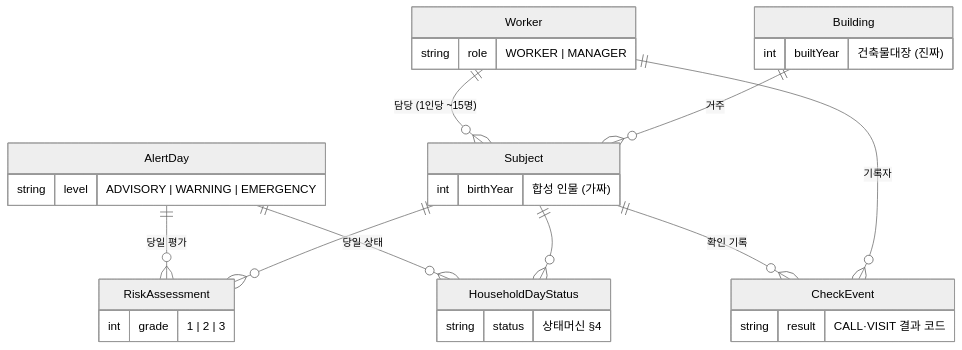
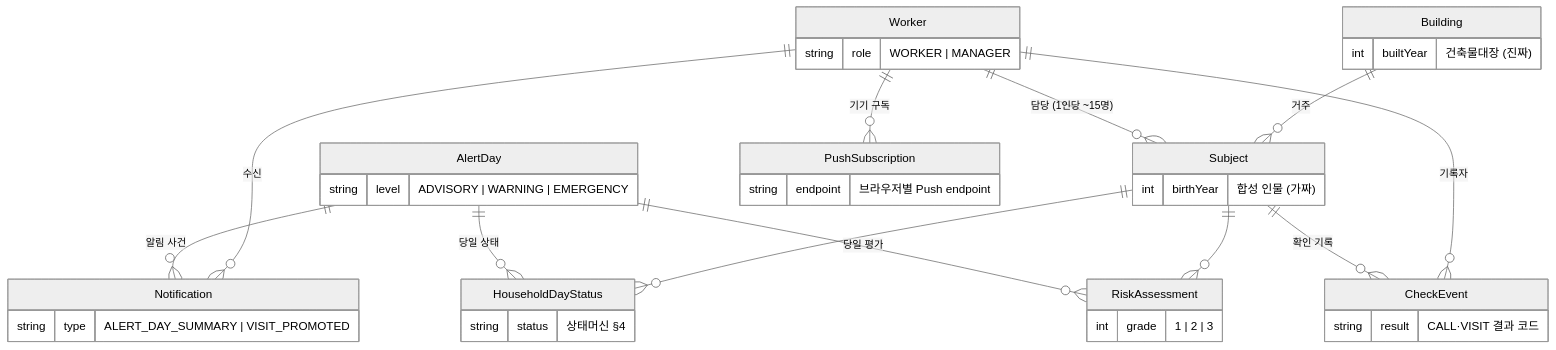
One commit to NO-TOKEN-NO-WORK/this-house-first changed the second of 3 diagrams in docs/architecture.md. Above: the diagram before and after it, drawn with Mermaid (neutral theme). The commit also changed other lines of this file and 39 other files, not shown here.

````diff
--- a/docs/architecture.md
+++ b/docs/architecture.md
@@ -86,19 +86,24 @@
 ```mermaid
 erDiagram
     Worker ||--o{ Subject : "담당 (1인당 ~15명)"
     Building ||--o{ Subject : "거주"
     AlertDay ||--o{ RiskAssessment : "당일 평가"
     Subject ||--o{ RiskAssessment : ""
     AlertDay ||--o{ HouseholdDayStatus : "당일 상태"
     Subject ||--o{ HouseholdDayStatus : ""
     Subject ||--o{ CheckEvent : "확인 기록"
     Worker ||--o{ CheckEvent : "기록자"
+    AlertDay ||--o{ Notification : "알림 사건"
+    Worker ||--o{ Notification : "수신"
+    Worker ||--o{ PushSubscription : "기기 구독"
 
     Worker { string role "WORKER | MANAGER" }
     Building { int builtYear "건축물대장 (진짜)" }
     Subject { int birthYear "합성 인물 (가짜)" }
     AlertDay { string level "ADVISORY | WARNING | EMERGENCY" }
     RiskAssessment { int grade "1 | 2 | 3" }
     HouseholdDayStatus { string status "상태머신 §4" }
     CheckEvent { string result "CALL·VISIT 결과 코드" }
+    Notification { string type "ALERT_DAY_SUMMARY | VISIT_PROMOTED" }
+    PushSubscription { string endpoint "브라우저별 Push endpoint" }
 ```
````
